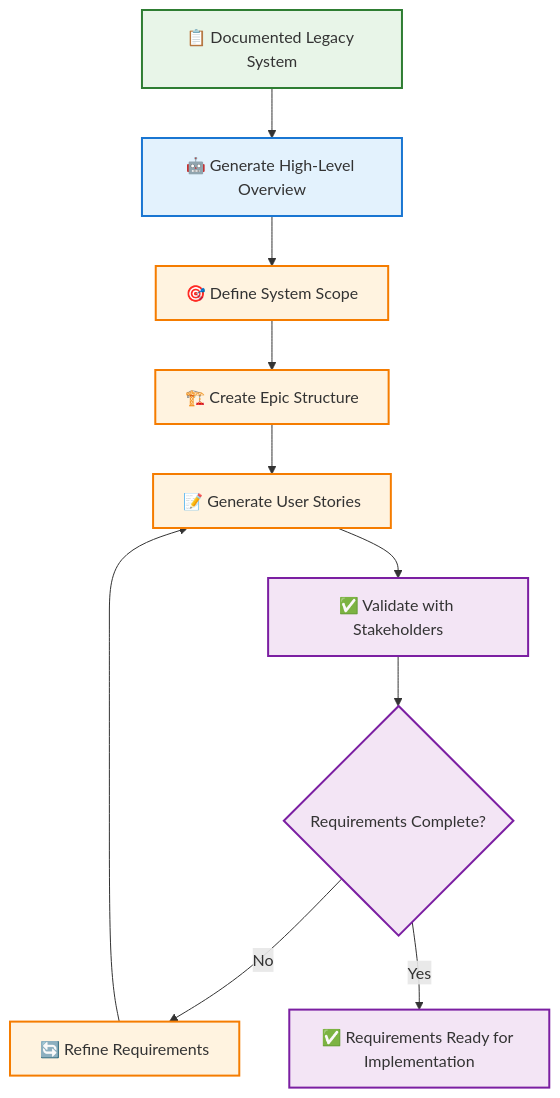
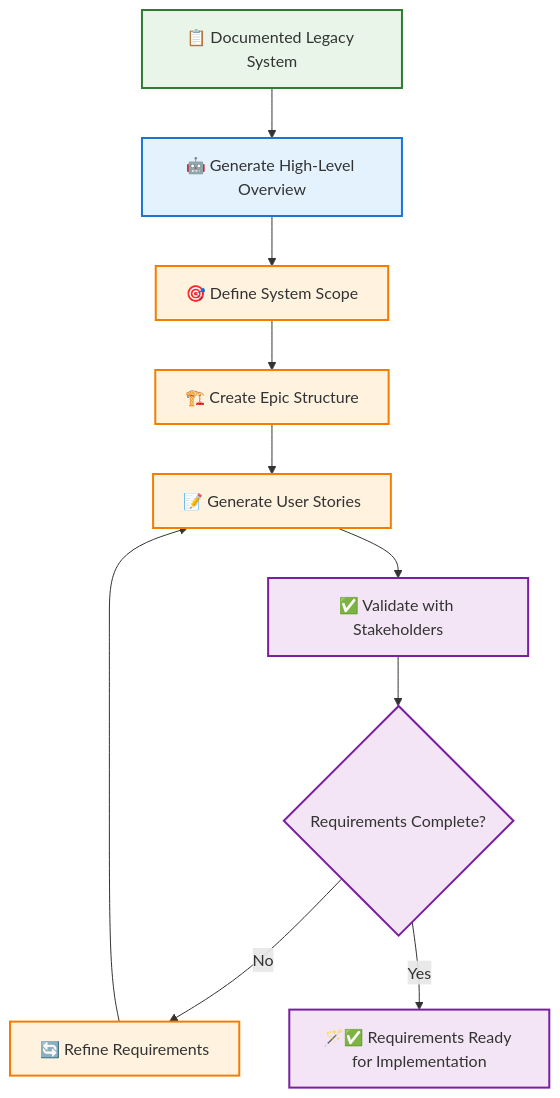
One commit to DEFRA/defra-ai-legacy-modernisation changed the diagram in playbook/pages/discovery-analysis/requirements-building.md. Above: the diagram before and after it, drawn with Mermaid. The commit also changed 5 other files, not shown here.

```diff
--- a/playbook/pages/discovery-analysis/requirements-building.md
+++ b/playbook/pages/discovery-analysis/requirements-building.md
@@ -5,23 +5,23 @@
 <pre class="mermaid">
 flowchart TD
     A["📋 Documented Legacy System"] --> B["🤖 Generate High-Level Overview"]
     B --> C["🎯 Define System Scope"]
     C --> D["🏗️ Create Epic Structure"]
     D --> E["📝 Generate User Stories"]
     E --> F["✅ Validate with Stakeholders"]
     F --> G{"Requirements Complete?"}
     G -->|No| H["🔄 Refine Requirements"]
-    G -->|Yes| I["✅ Requirements Ready for Implementation"]
+    G -->|Yes| I["🪄✅ Requirements Ready for Implementation"]
     H --> E
 
     classDef documentation fill:#e8f5e8,stroke:#2e7d32,stroke-width:2px
     classDef ai fill:#e3f2fd,stroke:#1976d2,stroke-width:2px
     classDef requirements fill:#fff3e0,stroke:#f57c00,stroke-width:2px
     classDef validation fill:#f3e5f5,stroke:#7b1fa2,stroke-width:2px
 
     class A documentation
     class B ai
     class C,D,E,H requirements
     class F,G,I validation
     class J requirements
 </pre>
```
